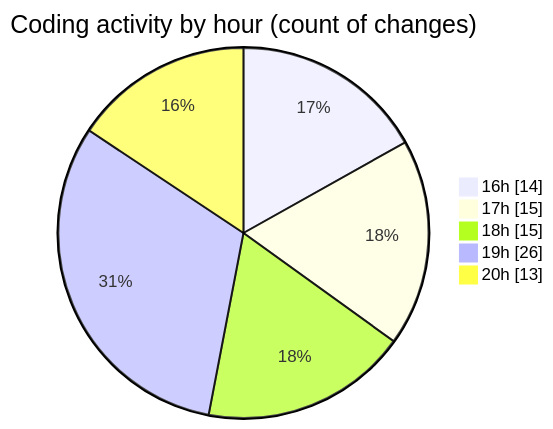
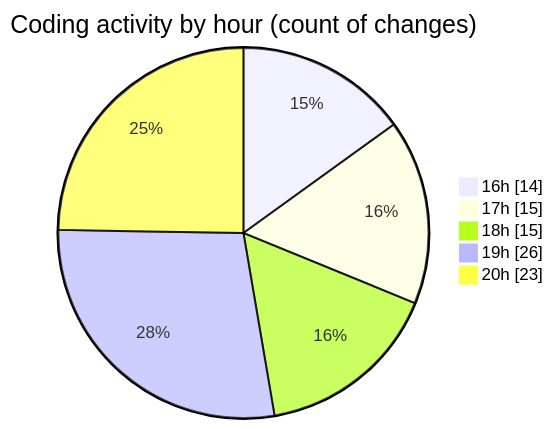
One commit to Elitesun/code-tracking changed the second of 2 diagrams in 2025-01-31/flask/README.md. Above: the diagram before and after it, drawn with Mermaid. The commit also changed other lines of this file and 1 other file, not shown here.

````diff
--- a/2025-01-31/flask/README.md
+++ b/2025-01-31/flask/README.md
@@ -38,9 +38,9 @@
 ```mermaid
 pie showData
 title Coding activity by hour (count of changes)
 "16h" : 14
 "17h" : 15
 "18h" : 15
 "19h" : 26
-"20h" : 13
+"20h" : 23
 ```
````
